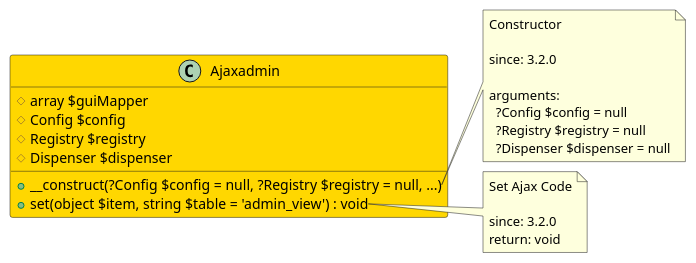
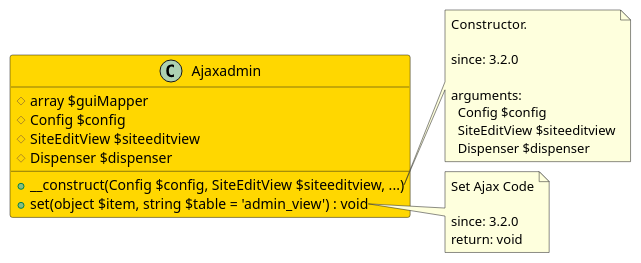
The diagram in src/4f575bd6-de97-41f8-80d6-259c8a6dd9ad/README.md (joomengine/jcb-compiler), drawn with PlantUML before and after one commit. The commit also changed 725 other files, not shown here.

````diff
--- a/src/4f575bd6-de97-41f8-80d6-259c8a6dd9ad/README.md
+++ b/src/4f575bd6-de97-41f8-80d6-259c8a6dd9ad/README.md
@@ -11,31 +11,31 @@
 ```uml
 @startuml
 class Ajaxadmin  #Gold {
   # array $guiMapper
   # Config $config
-  # Registry $registry
+  # SiteEditView $siteeditview
   # Dispenser $dispenser
-  + __construct(?Config $config = null, ?Registry $registry = null, ...)
+  + __construct(Config $config, SiteEditView $siteeditview, ...)
   + set(object $item, string $table = 'admin_view') : void
 }
 
 note right of Ajaxadmin::__construct
-  Constructor
+  Constructor.
 
   since: 3.2.0
   
   arguments:
-    ?Config $config = null
-    ?Registry $registry = null
-    ?Dispenser $dispenser = null
+    Config $config
+    SiteEditView $siteeditview
+    Dispenser $dispenser
 end note
 
 note right of Ajaxadmin::set
   Set Ajax Code
 
   since: 3.2.0
   return: void
 end note
  
 @enduml
 ```
````
